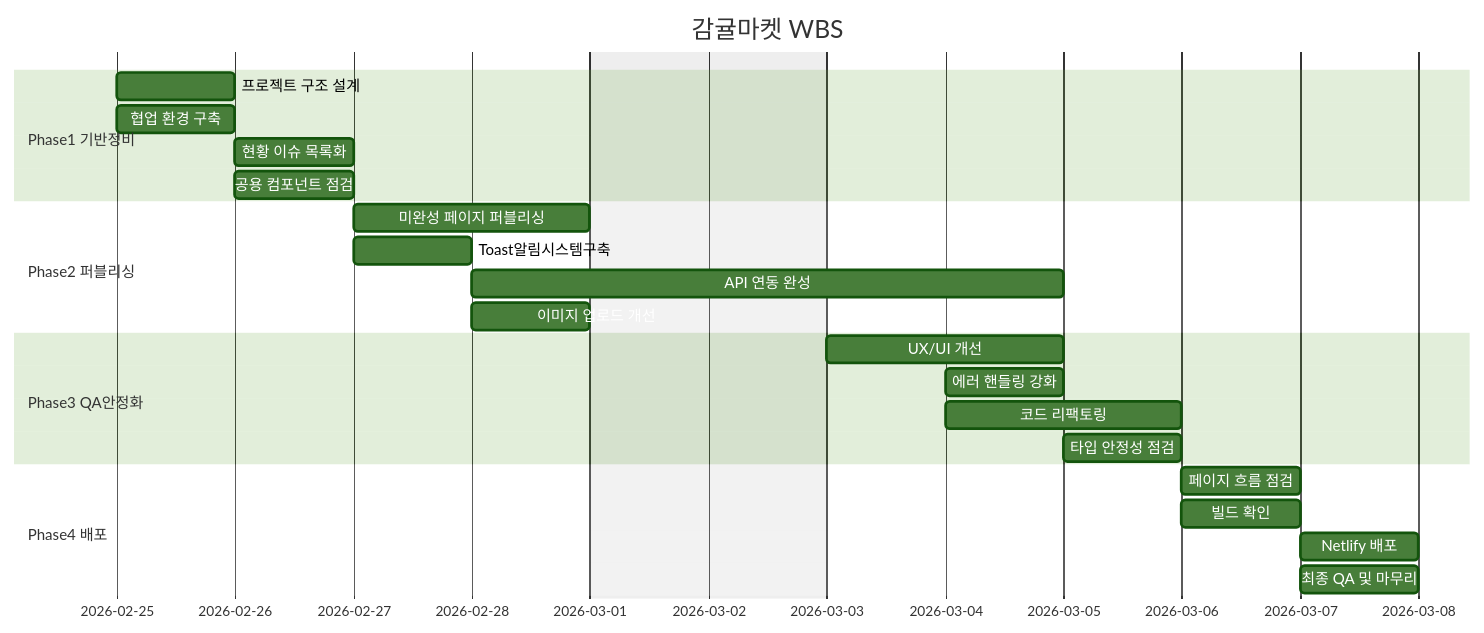
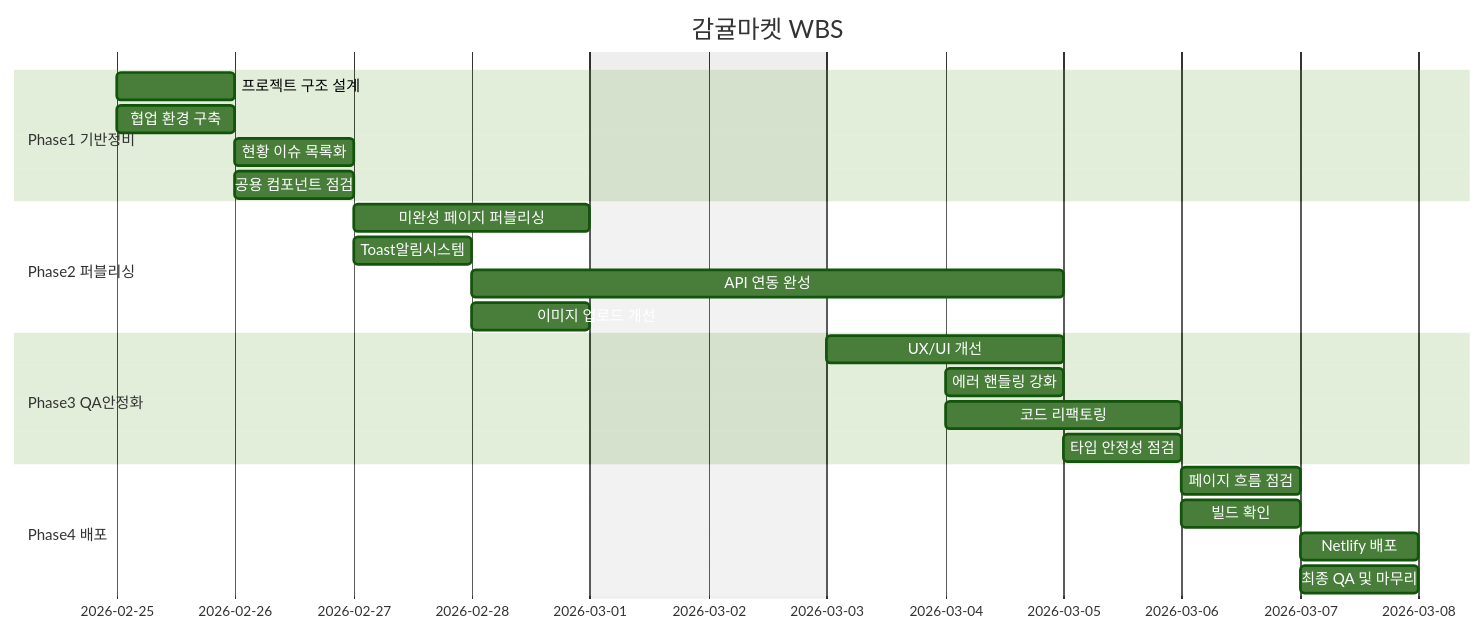
Before and after one commit to OrangeSNS/gamgyul-market: the diagram in README.md, drawn with Mermaid (forest theme).

Commit message:
docs: update README mermaid diagram

````diff
--- a/README.md
+++ b/README.md
@@ -242,30 +242,30 @@
 ```mermaid
 gantt
     title 감귤마켓 WBS
     dateFormat YYYY-MM-DD
     excludes 2026-03-01, 2026-03-02
 
     section Phase1 기반정비
     프로젝트 구조 설계    :p1-1, 2026-02-25, 1d
     협업 환경 구축            :p1-2, 2026-02-25, 1d
     현황 이슈 목록화          :p1-3, 2026-02-26, 1d
     공용 컴포넌트 점검   :p1-4, 2026-02-26, 1d
 
     section Phase2 퍼블리싱
     미완성 페이지 퍼블리싱    :p2-1, 2026-02-27, 2d
-    Toast알림시스템구축    :p2-2, 2026-02-27, 1d
+    Toast알림시스템    :p2-2, 2026-02-27, 1d
     API 연동 완성             :p2-3, 2026-02-28, 3d
     이미지 업로드 개선        :p2-4, 2026-02-28, 1d
 
     section Phase3 QA안정화
     UX/UI 개선                :p3-1, 2026-03-03, 2d
     에러 핸들링 강화          :p3-2, 2026-03-04, 1d
     코드 리팩토링             :p3-3, 2026-03-04, 2d
     타입 안정성 점검          :p3-4, 2026-03-05, 1d
 
     section Phase4 배포
     페이지 흐름 점검          :p4-1, 2026-03-06, 1d
     빌드 확인                 :p4-2, 2026-03-06, 1d
     Netlify 배포              :p4-3, 2026-03-07, 1d
     최종 QA 및 마무리         :p4-4, 2026-03-07, 1d
 ```
````
